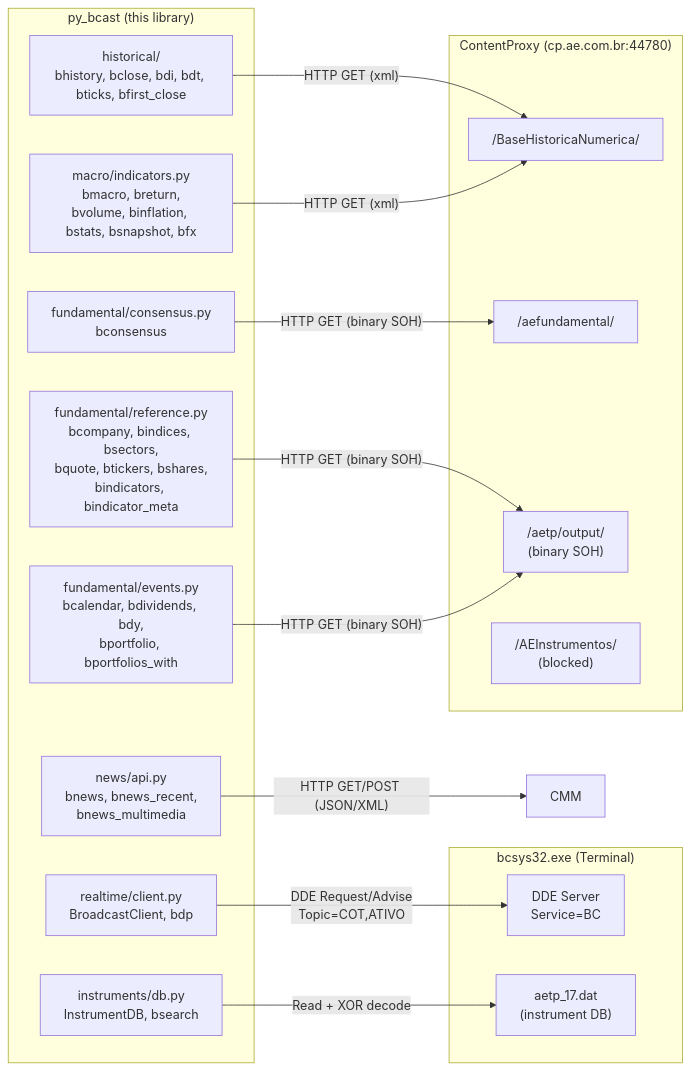
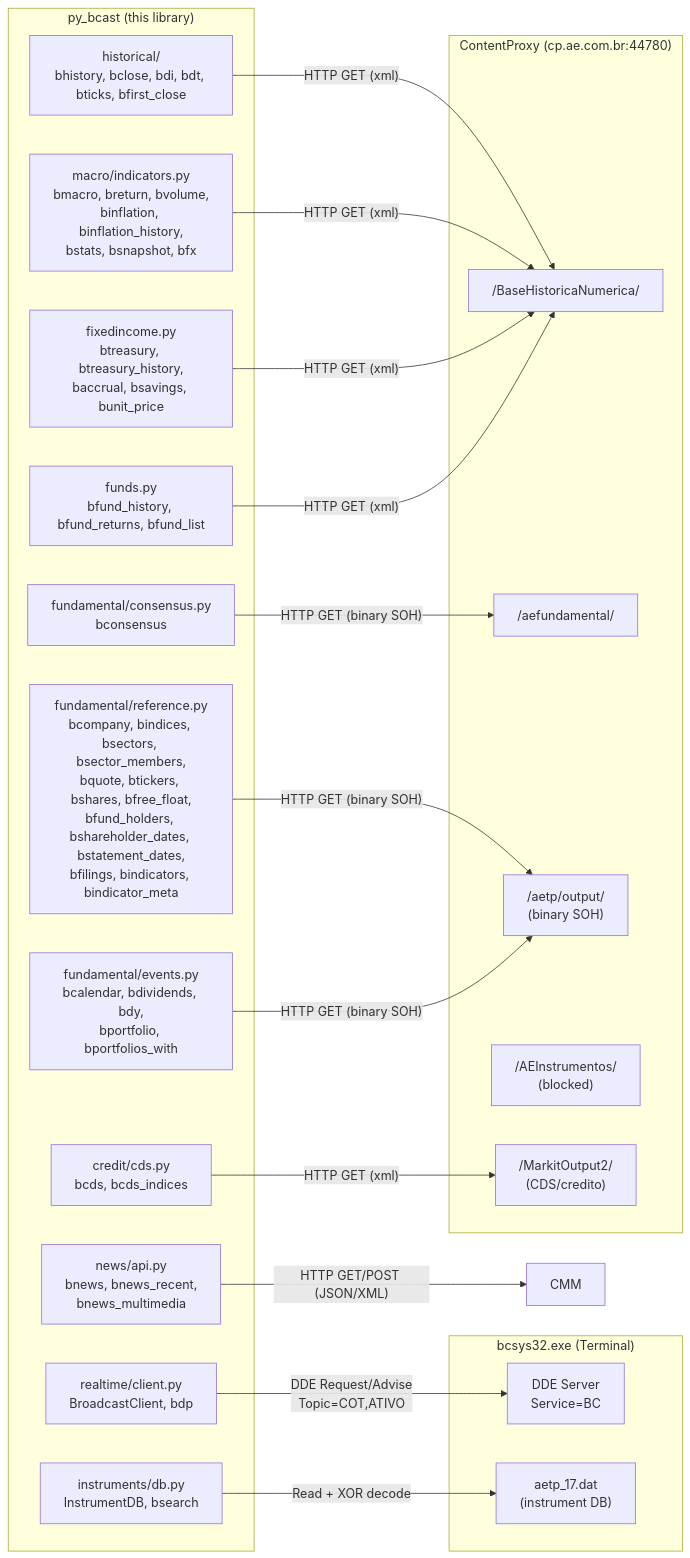
Before and after one commit to enzoomoreira/py-bcast: the first of 2 diagrams in docs/legacy/internals.md, drawn with Mermaid. The commit also changed other lines of this file and 6 other files, not shown here.

````diff
--- a/docs/legacy/internals.md
+++ b/docs/legacy/internals.md
@@ -22,34 +22,41 @@
 ```mermaid
 graph LR
     subgraph "py_bcast (this library)"
         CLIENT["realtime/client.py<br/>BroadcastClient, bdp"]
         HIST["historical/<br/>bhistory, bclose, bdi, bdt, bticks, bfirst_close"]
-        MACRO["macro/indicators.py<br/>bmacro, breturn,<br/>bvolume, binflation, bstats, bsnapshot, bfx"]
+        MACRO["macro/indicators.py<br/>bmacro, breturn, bvolume,<br/>binflation, binflation_history,<br/>bstats, bsnapshot, bfx"]
         FUND["fundamental/consensus.py<br/>bconsensus"]
-        REF["fundamental/reference.py<br/>bcompany, bindices, bsectors,<br/>bquote, btickers, bshares,<br/>bindicators, bindicator_meta"]
+        REF["fundamental/reference.py<br/>bcompany, bindices, bsectors, bsector_members,<br/>bquote, btickers, bshares, bfree_float,<br/>bfund_holders, bshareholder_dates, bstatement_dates,<br/>bfilings, bindicators, bindicator_meta"]
         EVT["fundamental/events.py<br/>bcalendar, bdividends, bdy,<br/>bportfolio, bportfolios_with"]
         NEWS["news/api.py<br/>bnews, bnews_recent,<br/>bnews_multimedia"]
         INST["instruments/db.py<br/>InstrumentDB, bsearch"]
+        FIXED["fixedincome.py<br/>btreasury, btreasury_history,<br/>baccrual, bsavings, bunit_price"]
+        FUNDS["funds.py<br/>bfund_history, bfund_returns, bfund_list"]
+        CREDIT["credit/cds.py<br/>bcds, bcds_indices"]
     end
 
     subgraph "bcsys32.exe (Terminal)"
         DDE["DDE Server<br/>Service=BC"]
         DB["aetp_17.dat<br/>(instrument DB)"]
     end
 
     subgraph "ContentProxy (cp.ae.com.br:44780)"
         BHN["/BaseHistoricaNumerica/"]
         AEF["/aefundamental/"]
         AETP["/aetp/output/<br/>(binary SOH)"]
         AEI["/AEInstrumentos/<br/>(blocked)"]
+        MKT["/MarkitOutput2/<br/>(CDS/credito)"]
     end
 
     CLIENT -->|"DDE Request/Advise<br/>Topic=COT,ATIVO"| DDE
     HIST -->|"HTTP GET (xml)"| BHN
     MACRO -->|"HTTP GET (xml)"| BHN
     FUND -->|"HTTP GET (binary SOH)"| AEF
     REF -->|"HTTP GET (binary SOH)"| AETP
     EVT -->|"HTTP GET (binary SOH)"| AETP
     NEWS -->|"HTTP GET/POST (JSON/XML)"| CMM
     INST -->|"Read + XOR decode"| DB
+    FIXED -->|"HTTP GET (xml)"| BHN
+    FUNDS -->|"HTTP GET (xml)"| BHN
+    CREDIT -->|"HTTP GET (xml)"| MKT
 ```
````
